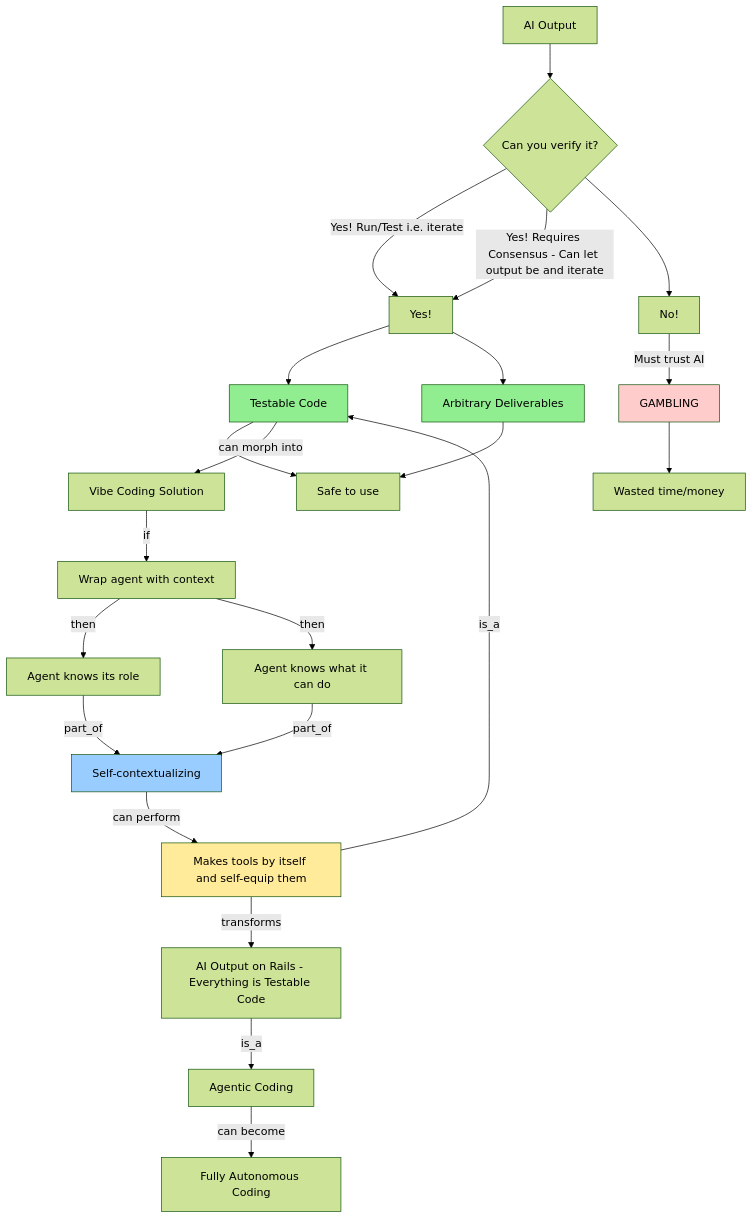
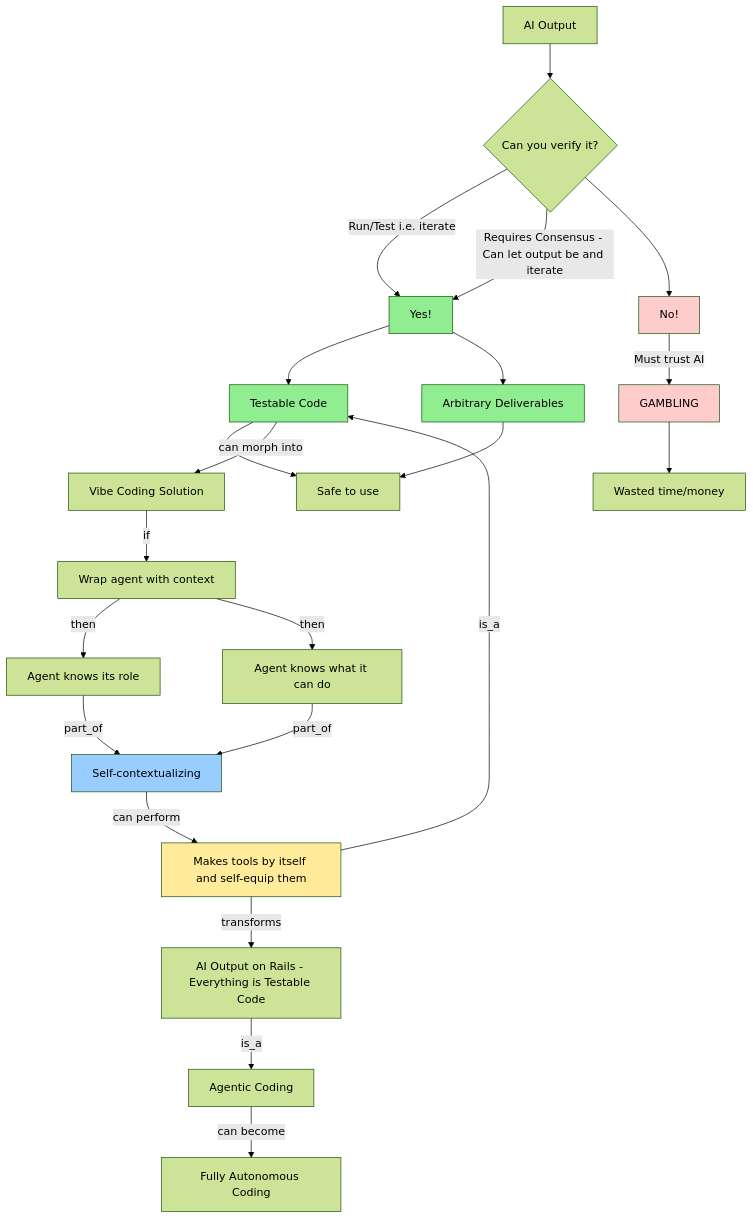
The diagram in docs/diagrams/0_VibeCodingBecomesAutoCoding.mermaid (sancovp/starship-mcp), drawn with Mermaid (forest theme) before and after one commit.

```diff
--- a/docs/diagrams/0_VibeCodingBecomesAutoCoding.mermaid
+++ b/docs/diagrams/0_VibeCodingBecomesAutoCoding.mermaid
@@ -1,30 +1,32 @@
 flowchart TD
     A[AI Output] --> B{Can you verify it?}
-    B -->|Yes! Run/Test i.e. iterate| N[Yes!]
+    B -->|Run/Test i.e. iterate| N[Yes!]
     N --> C[Testable Code]
-    B -->|Yes! Requires Consensus - Can let output be and iterate| N
+    B -->|Requires Consensus - Can let output be and iterate| N
     N --> D[Arbitrary Deliverables]
     B --> O[No!]
     O --> |Must trust AI| E[GAMBLING]
     
     C --> F[Safe to use]
     D --> F
     E --> G[Wasted time/money]
     
     H[Vibe Coding Solution] -->|if| I[Wrap agent with context]
     I -->|then| J[Agent knows its role]
     I -->|then| K[Agent knows what it can do]
     J -->|part_of| L[Self-contextualizing]
     K -->|part_of| L
     L -->|can perform| M[Makes tools by itself and self-equip them]
     M -->|is_a| C
     C -->|can morph into| H
     M -->|transforms| P[AI Output on Rails - Everything is Testable Code]
     P -->|is_a| Q[Agentic Coding]
     Q -->|can become| R[Fully Autonomous Coding]
     
     style C fill:#90EE90
     style D fill:#90EE90
     style E fill:#ffcccc
+    style O fill:#ffcccc
+    style N fill:#90EE90
     style M fill:#ffeb99
     style L fill:#99ccff
```
